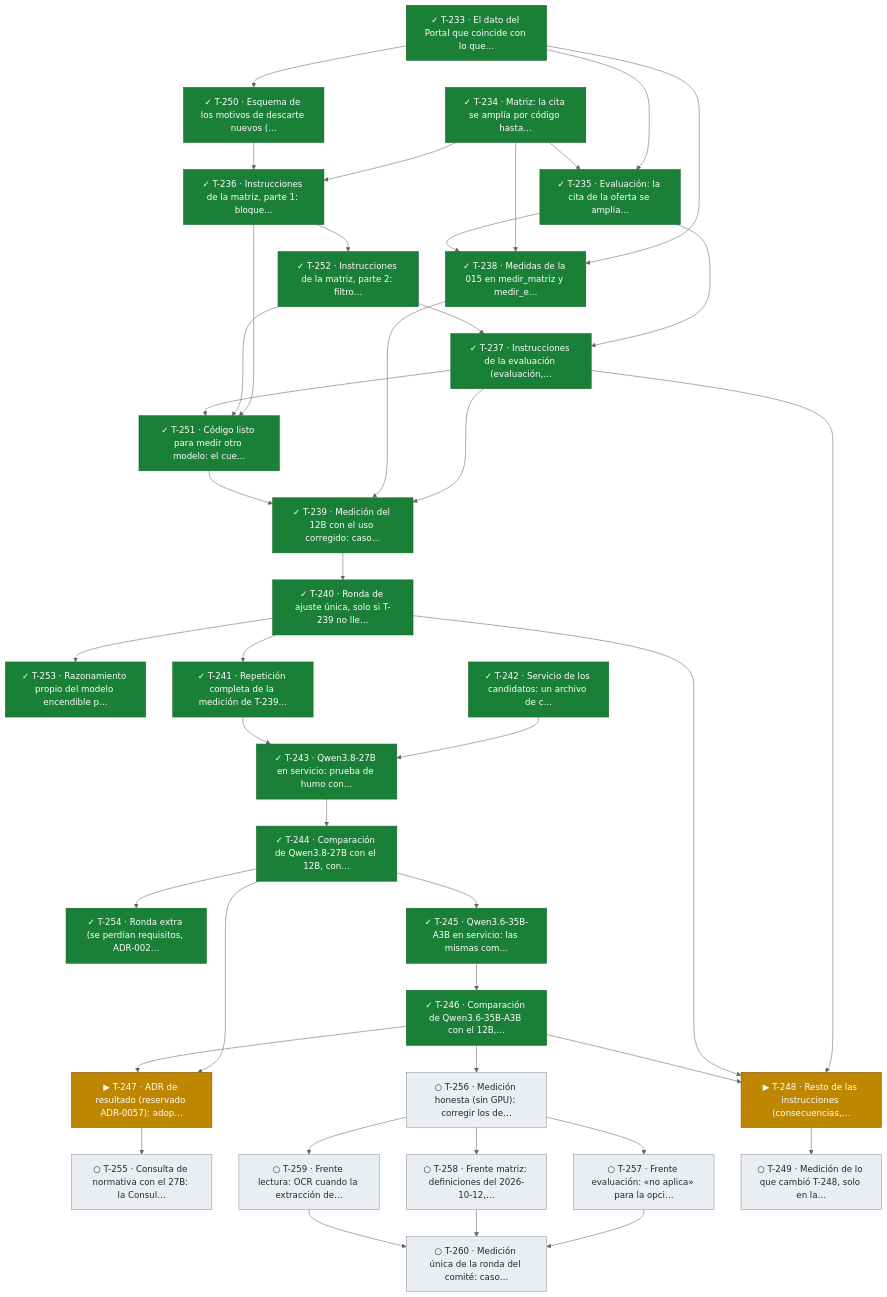
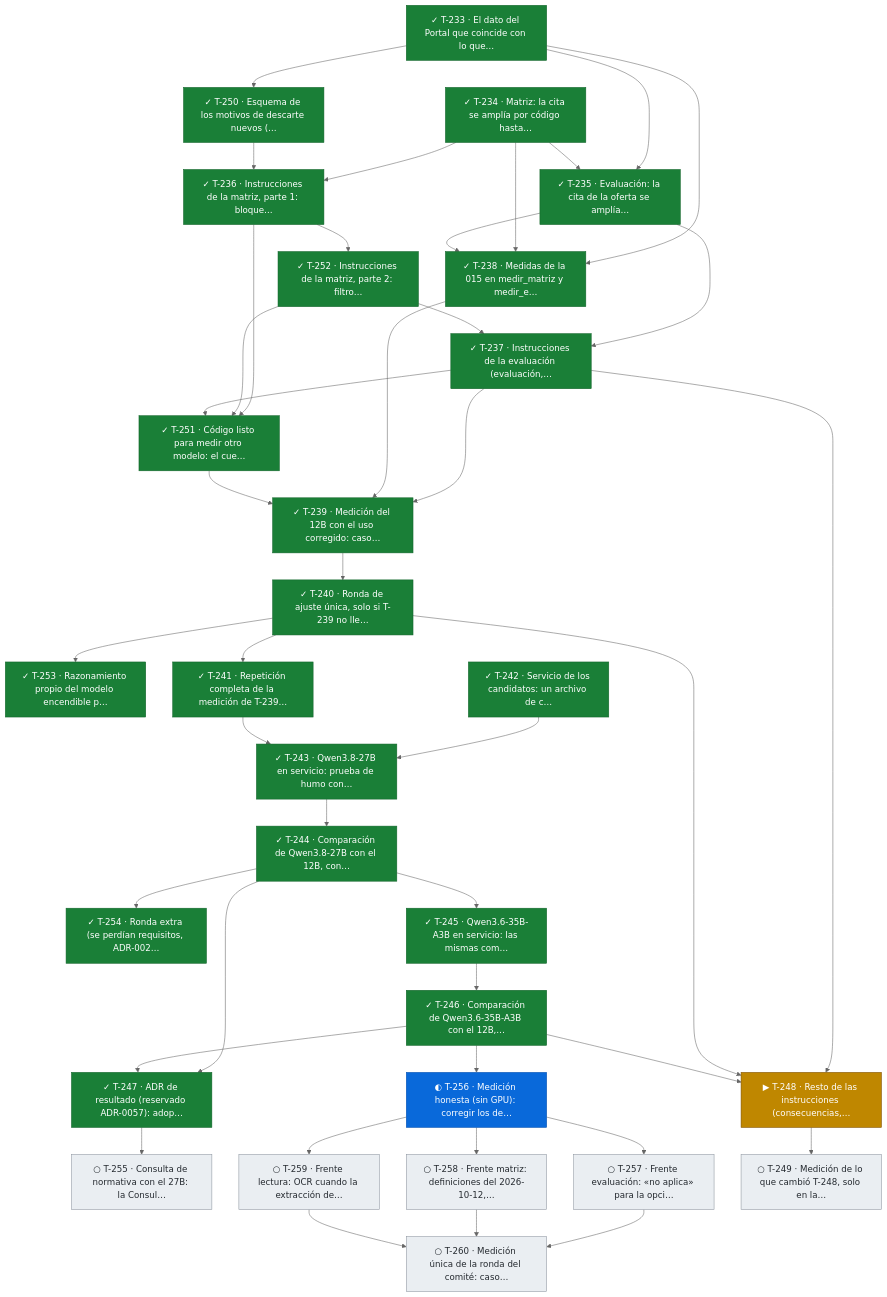
Diagram 17 of 17 in docs/tablero.md (snavello/EVALUON), drawn with Mermaid (neutral theme) before and after one commit. The commit also changed other lines of this file and 1 other file, not shown here.

````diff
--- a/docs/tablero.md
+++ b/docs/tablero.md
@@ -1328,76 +1328,76 @@
 ```mermaid
 flowchart TD
   T233["✓ T-233 · El dato del Portal que coincide con lo que…"]:::done
   T234["✓ T-234 · Matriz: la cita se amplía por código hasta…"]:::done
   T250["✓ T-250 · Esquema de los motivos de descarte nuevos (…"]:::done
   T235["✓ T-235 · Evaluación: la cita de la oferta se amplía…"]:::done
   T236["✓ T-236 · Instrucciones de la matriz, parte 1: bloque…"]:::done
   T252["✓ T-252 · Instrucciones de la matriz, parte 2: filtro…"]:::done
   T253["✓ T-253 · Razonamiento propio del modelo encendible p…"]:::done
   T254["✓ T-254 · Ronda extra (se perdían requisitos, ADR-002…"]:::done
   T255["○ T-255 · Consulta de normativa con el 27B: la Consul…"]:::todo
-  T256["○ T-256 · Medición honesta (sin GPU): corregir los de…"]:::todo
+  T256["◐ T-256 · Medición honesta (sin GPU): corregir los de…"]:::review
   T257["○ T-257 · Frente evaluación: «no aplica» para la opci…"]:::todo
   T258["○ T-258 · Frente matriz: definiciones del 2026-10-12,…"]:::todo
   T259["○ T-259 · Frente lectura: OCR cuando la extracción de…"]:::todo
   T260["○ T-260 · Medición única de la ronda del comité: caso…"]:::todo
   T237["✓ T-237 · Instrucciones de la evaluación (evaluación,…"]:::done
   T251["✓ T-251 · Código listo para medir otro modelo: el cue…"]:::done
   T238["✓ T-238 · Medidas de la 015 en medir_matriz y medir_e…"]:::done
   T239["✓ T-239 · Medición del 12B con el uso corregido: caso…"]:::done
   T240["✓ T-240 · Ronda de ajuste única, solo si T-239 no lle…"]:::done
   T241["✓ T-241 · Repetición completa de la medición de T-239…"]:::done
   T242["✓ T-242 · Servicio de los candidatos: un archivo de c…"]:::done
   T243["✓ T-243 · Qwen3.8-27B en servicio: prueba de humo con…"]:::done
   T244["✓ T-244 · Comparación de Qwen3.8-27B con el 12B, con…"]:::done
   T245["✓ T-245 · Qwen3.6-35B-A3B en servicio: las mismas com…"]:::done
   T246["✓ T-246 · Comparación de Qwen3.6-35B-A3B con el 12B,…"]:::done
-  T247["▶ T-247 · ADR de resultado (reservado ADR-0057): adop…"]:::active
+  T247["✓ T-247 · ADR de resultado (reservado ADR-0057): adop…"]:::done
   T248["▶ T-248 · Resto de las instrucciones (consecuencias,…"]:::active
   T249["○ T-249 · Medición de lo que cambió T-248, solo en la…"]:::todo
   T233 --> T250
   T233 --> T235
   T234 --> T235
   T234 --> T236
   T250 --> T236
   T236 --> T252
   T240 --> T253
   T244 --> T254
   T247 --> T255
   T246 --> T256
   T256 --> T257
   T256 --> T258
   T256 --> T259
   T257 --> T260
   T258 --> T260
   T259 --> T260
   T235 --> T237
   T252 --> T237
   T236 --> T251
   T252 --> T251
   T237 --> T251
   T233 --> T238
   T234 --> T238
   T235 --> T238
   T237 --> T239
   T238 --> T239
   T251 --> T239
   T239 --> T240
   T240 --> T241
   T242 --> T243
   T241 --> T243
   T243 --> T244
   T244 --> T245
   T245 --> T246
   T244 --> T247
   T246 --> T247
   T237 --> T248
   T240 --> T248
   T246 --> T248
   T248 --> T249
   classDef done fill:#1a7f37,stroke:#116329,color:#ffffff
   classDef review fill:#0969da,stroke:#0550ae,color:#ffffff
   classDef active fill:#bf8700,stroke:#7d4e00,color:#ffffff
   classDef blocked fill:#cf222e,stroke:#a40e26,color:#ffffff
   classDef todo fill:#eaeef2,stroke:#8c959f,color:#24292f
 ```
````
